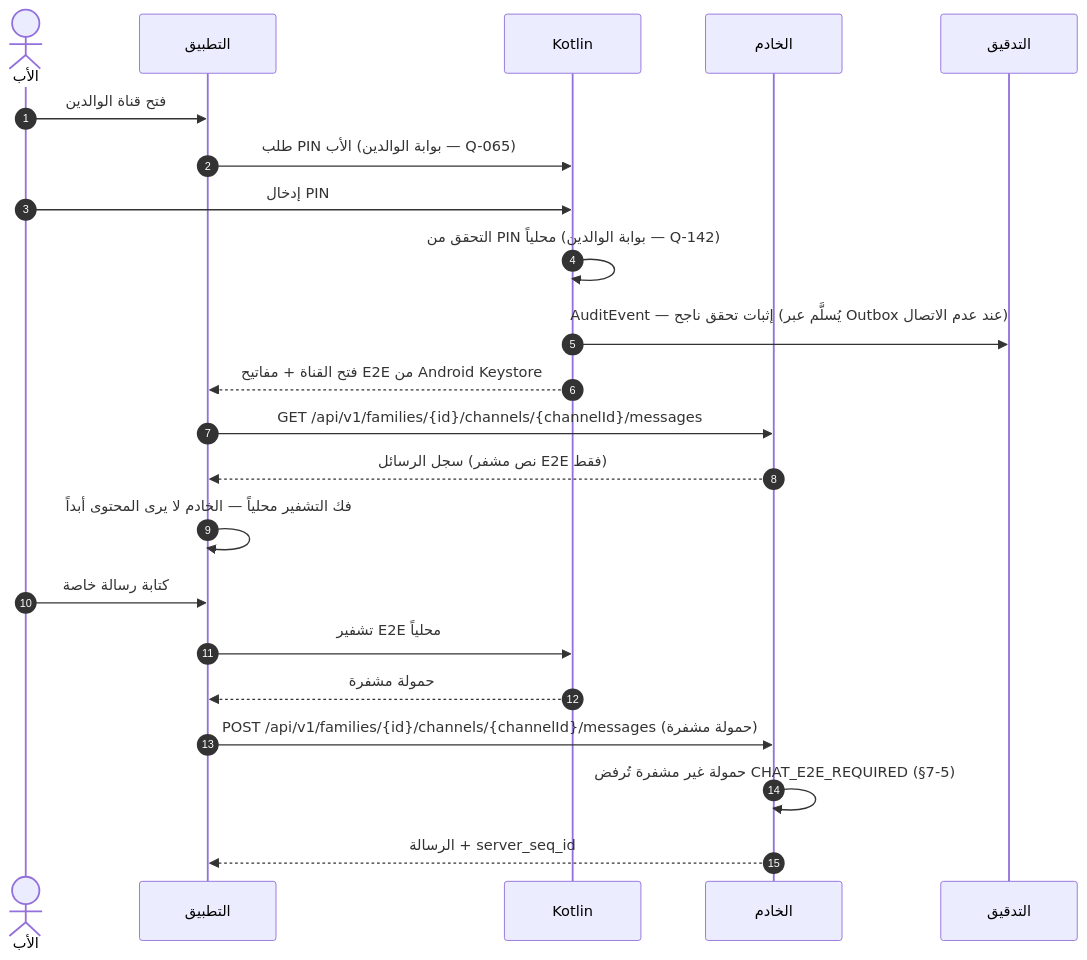
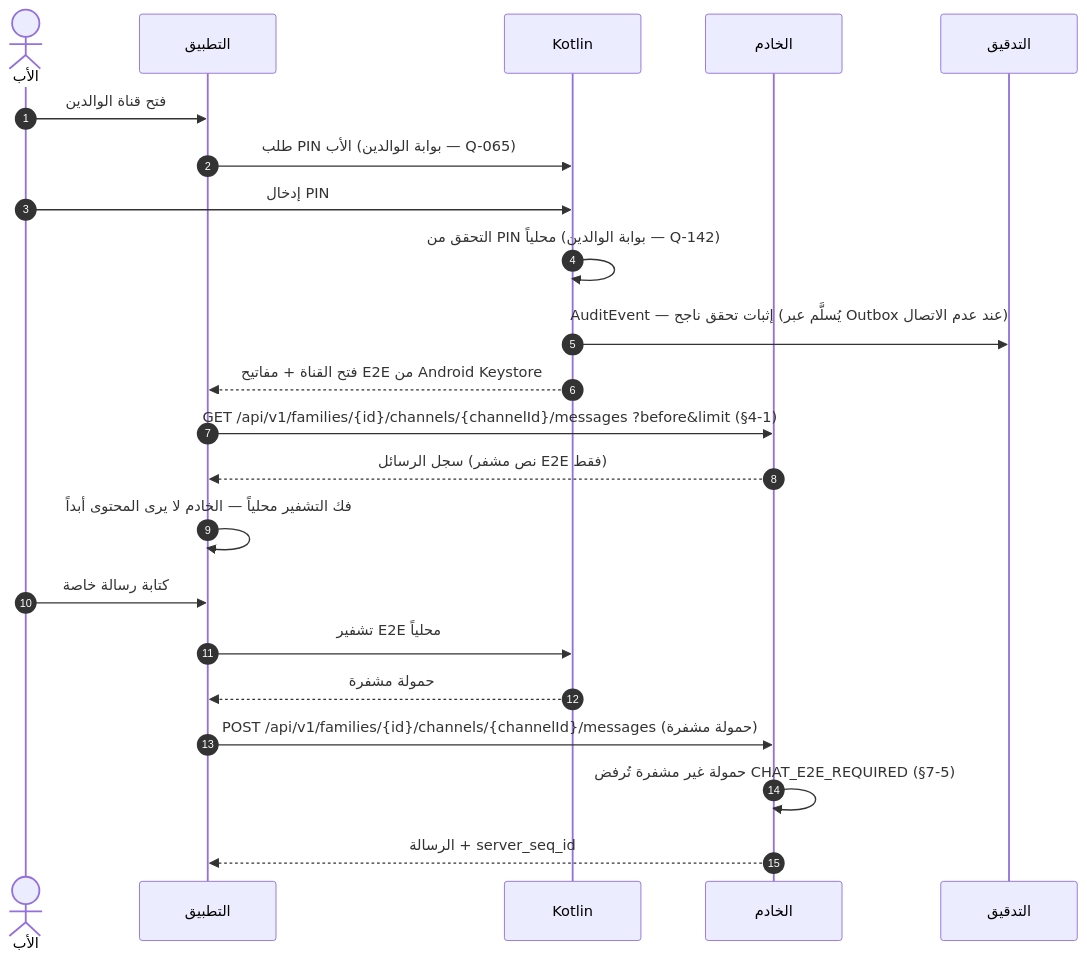
The fourth of 10 diagrams in docs/family-os/governance/phases/phase-1/S1-08-chat-basic/DIAGRAMS.md (Bassam-mohammed-alqaeadi/family-os-v2), drawn with Mermaid before and after one commit. The commit also changed other lines of this file and 1 other file, not shown here.

````diff
--- a/docs/family-os/governance/phases/phase-1/S1-08-chat-basic/DIAGRAMS.md
+++ b/docs/family-os/governance/phases/phase-1/S1-08-chat-basic/DIAGRAMS.md
@@ -213,24 +217,24 @@
 ```mermaid
 sequenceDiagram
     autonumber
     actor Father as الأب
     participant App as التطبيق
     participant K as Kotlin
     participant Ktor as الخادم
     participant Audit as التدقيق
     Father->>App: فتح قناة الوالدين
     App->>K: طلب PIN الأب (بوابة الوالدين — Q-065)
     Father->>K: إدخال PIN
     K->>K: التحقق من PIN محلياً (بوابة الوالدين — Q-142)
     K->>Audit: AuditEvent — إثبات تحقق ناجح (يُسلَّم عبر Outbox عند عدم الاتصال)
     K-->>App: فتح القناة + مفاتيح E2E من Android Keystore
-    App->>Ktor: GET /api/v1/families/{id}/channels/{channelId}/messages
+    App->>Ktor: GET /api/v1/families/{id}/channels/{channelId}/messages ?before&limit (§4-1)
     Ktor-->>App: سجل الرسائل (نص مشفر E2E فقط)
     App->>App: فك التشفير محلياً — الخادم لا يرى المحتوى أبداً
     Father->>App: كتابة رسالة خاصة
     App->>K: تشفير E2E محلياً
     K-->>App: حمولة مشفرة
     App->>Ktor: POST /api/v1/families/{id}/channels/{channelId}/messages (حمولة مشفرة)
     Ktor->>Ktor: حمولة غير مشفرة تُرفض CHAT_E2E_REQUIRED (§7-5)
     Ktor-->>App: الرسالة + server_seq_id
 ```
````
